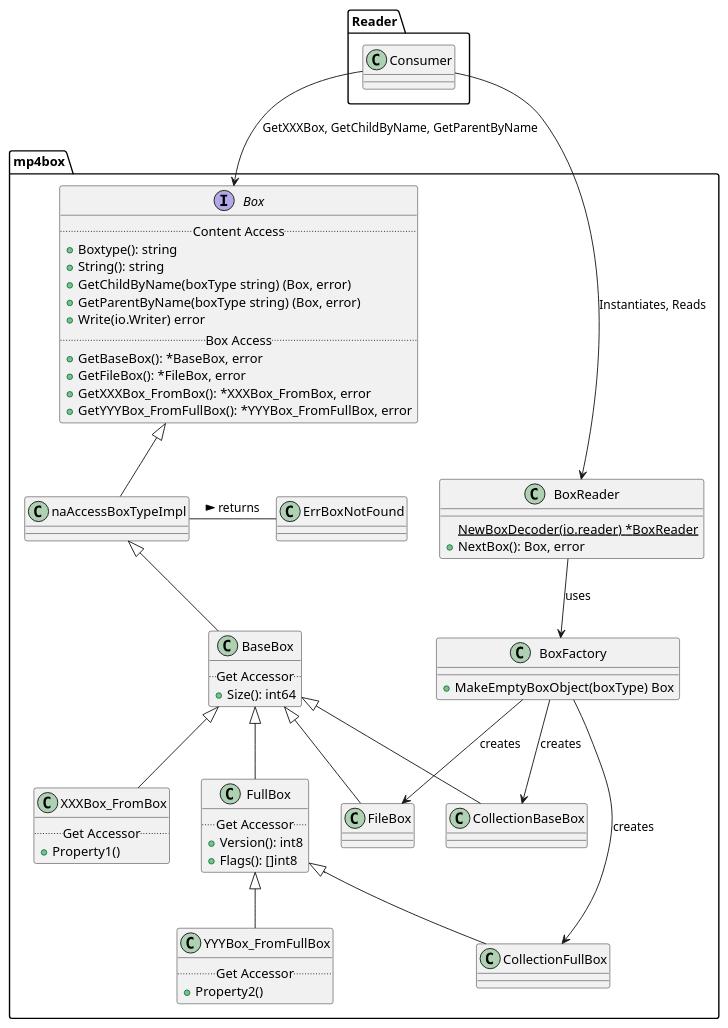
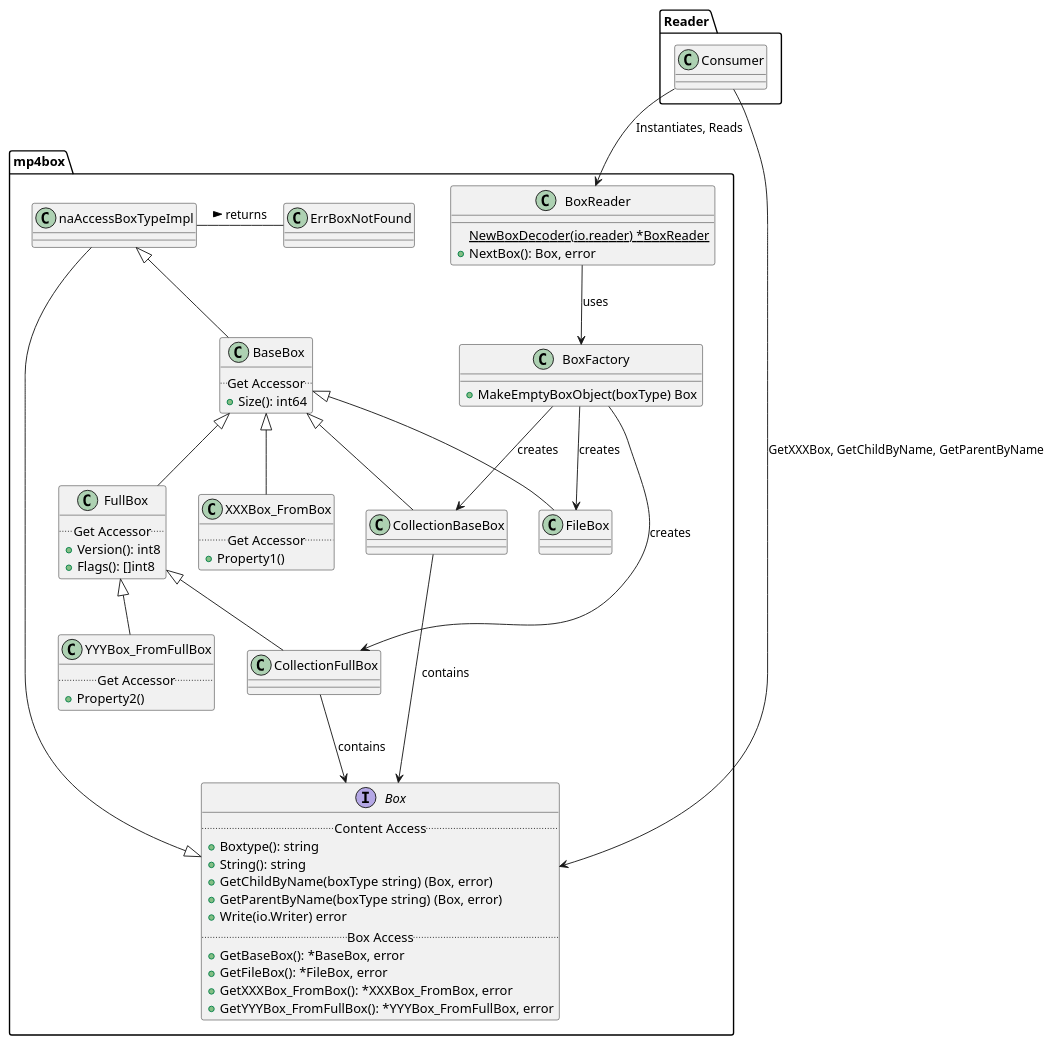
One commit to eswarantg/mp4box changed the diagram in class.wsd. Above: the diagram before and after it, drawn with PlantUML. The commit also changed 1 other file, not shown here.

Commit message:
update diagram with missing collection link

```diff
--- a/class.wsd
+++ b/class.wsd
@@ -1,64 +1,67 @@
 @startuml mp4box
 package mp4box {
     interface Box {
         .. Content Access ..
         + Boxtype(): string
         + String(): string
         + GetChildByName(boxType string) (Box, error)
         + GetParentByName(boxType string) (Box, error)
         + Write(io.Writer) error
         .. Box Access ..
         + GetBaseBox(): *BaseBox, error
         + GetFileBox(): *FileBox, error
         + GetXXXBox_FromBox(): *XXXBox_FromBox, error
         + GetYYYBox_FromFullBox(): *YYYBox_FromFullBox, error
     }
     class naAccessBoxTypeImpl {
     }
     class BoxReader {
         {static} NewBoxDecoder(io.reader) *BoxReader
         + NextBox(): Box, error 
     }
     class BoxFactory {
         + MakeEmptyBoxObject(boxType) Box
     }
     class BaseBox {
         .. Get Accessor ..
         + Size(): int64
     }
     class FullBox {
         .. Get Accessor ..
         + Version(): int8
         + Flags(): []int8
     }
     class XXXBox_FromBox {
         .. Get Accessor ..
         + Property1()
     }
     class YYYBox_FromFullBox {
         .. Get Accessor ..
         + Property2()
     }
     class ErrBoxNotFound
     naAccessBoxTypeImpl - ErrBoxNotFound: returns >
     Box ^-- naAccessBoxTypeImpl 
     naAccessBoxTypeImpl ^-- BaseBox
     BaseBox ^-- FullBox
 
     BaseBox ^-- CollectionBaseBox
     FullBox ^-- CollectionFullBox 
     
     BaseBox ^-- FileBox
     BaseBox ^-- XXXBox_FromBox
 
     FullBox ^-- YYYBox_FromFullBox
     BoxReader --> BoxFactory: uses 
     BoxFactory --> FileBox : creates 
     BoxFactory --> CollectionBaseBox : creates 
     BoxFactory --> CollectionFullBox  : creates 
+
+    CollectionBaseBox --> Box : contains
+    CollectionFullBox --> Box : contains
 }
 package Reader {
     Consumer --> BoxReader : Instantiates, Reads
     Consumer --> Box : GetXXXBox, GetChildByName, GetParentByName
 }
 @endumlss
```
